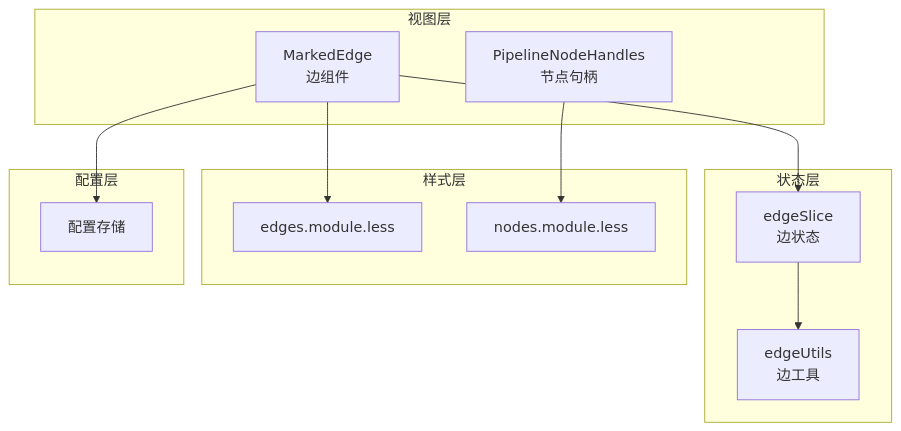
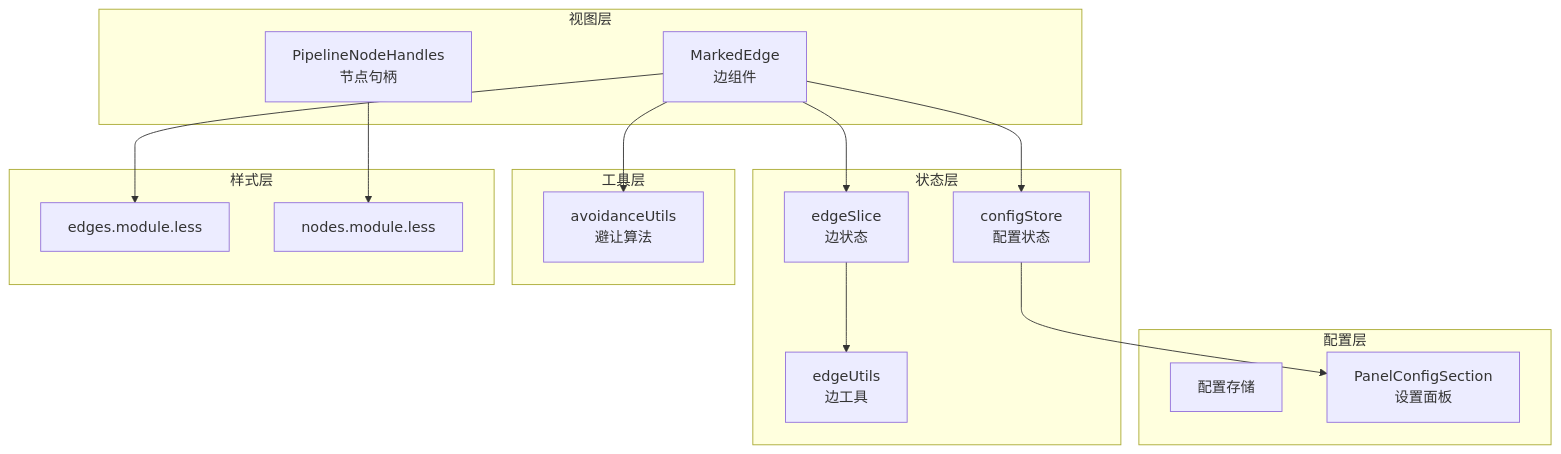
Before and after one commit to kqcoxn/MaaPipelineEditor: the first of 6 diagrams in .qoder/repowiki/zh/content/工作流编辑器/连接系统.md, drawn with Mermaid. The commit also changed other lines of this file and 51 other files, not shown here.

````diff
--- a/.qoder/repowiki/zh/content/工作流编辑器/连接系统.md
+++ b/.qoder/repowiki/zh/content/工作流编辑器/连接系统.md
@@ -48,23 +61,30 @@
 ```mermaid
 graph TB
 subgraph "视图层"
 E["MarkedEdge<br/>边组件"]
 H["PipelineNodeHandles<br/>节点句柄"]
 end
 subgraph "状态层"
 ES["edgeSlice<br/>边状态"]
 EU["edgeUtils<br/>边工具"]
+CS["configStore<br/>配置状态"]
+end
+subgraph "工具层"
+AU["avoidanceUtils<br/>避让算法"]
 end
 subgraph "样式层"
 EM["edges.module.less"]
 NM["nodes.module.less"]
 end
 subgraph "配置层"
 CFG["配置存储"]
+PC["PanelConfigSection<br/>设置面板"]
 end
 E --> ES
 E --> EM
-E --> CFG
+E --> CS
+E --> AU
 H --> NM
 ES --> EU
+CS --> PC
 ```
````
